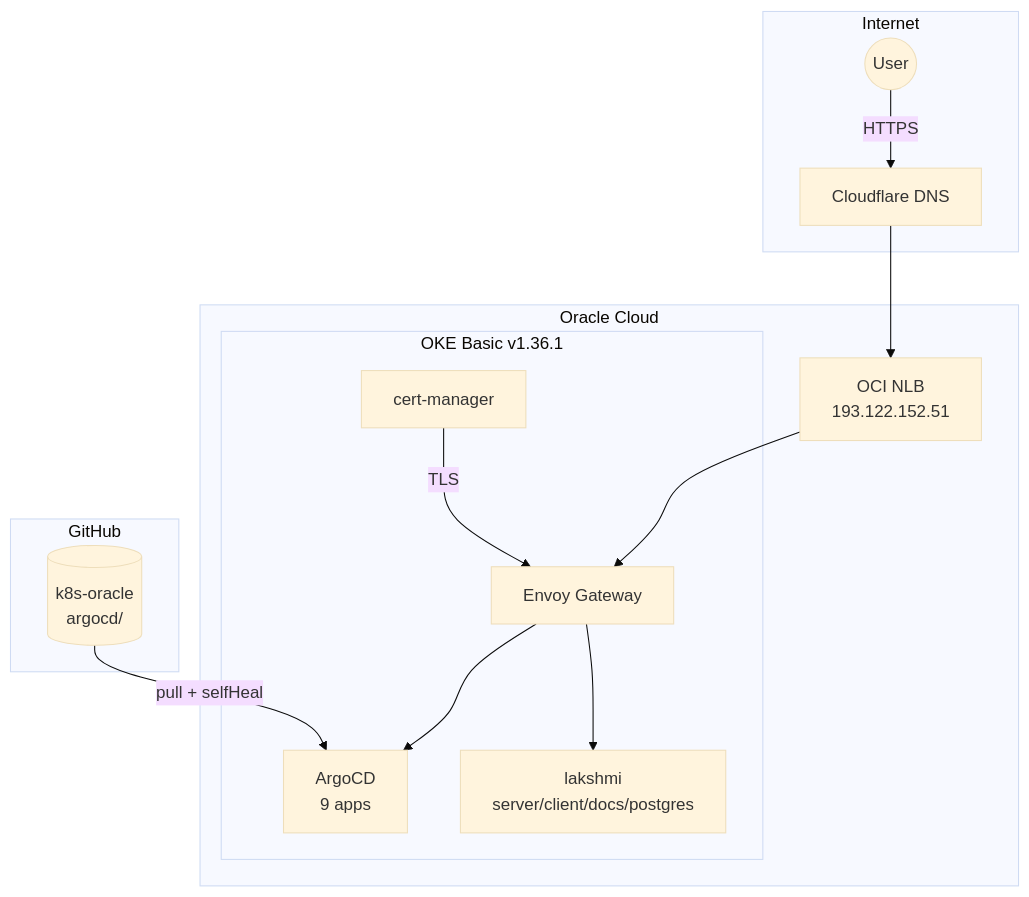
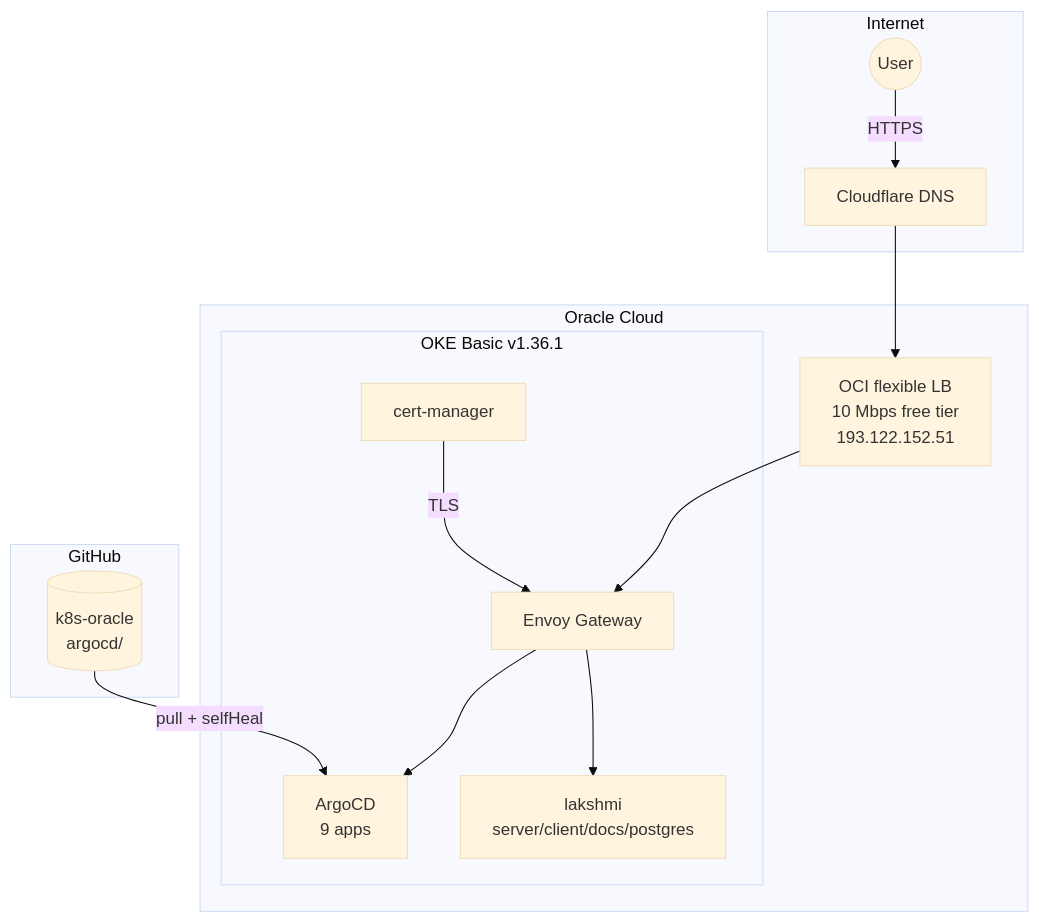
One commit to nsudhanva/k8s-oracle changed the first of 2 diagrams in README.md. Above: the diagram before and after it, drawn with Mermaid (base theme). The commit also changed other lines of this file, not shown here.

Commit message:
docs: LB is flexible 10/10 free tier, not NLB

````diff
--- a/README.md
+++ b/README.md
@@ -7,29 +7,29 @@
 ```mermaid
 graph TB
     subgraph Internet
         User((User))
         CF[Cloudflare DNS]
     end
 
     subgraph OCI["Oracle Cloud"]
-        LB[OCI NLB<br/>193.122.152.51]
+        LB[OCI flexible LB<br/>10 Mbps free tier<br/>193.122.152.51]
         subgraph OKE["OKE Basic v1.36.1"]
             EG[Envoy Gateway]
             ARGO[ArgoCD<br/>9 apps]
             LAK[lakshmi<br/>server/client/docs/postgres]
             CM[cert-manager]
         end
     end
 
     subgraph GitHub
         Repo[(k8s-oracle<br/>argocd/)]
     end
 
     User -->|HTTPS| CF
     CF --> LB
     LB --> EG
     EG --> LAK
     EG --> ARGO
     Repo -->|pull + selfHeal| ARGO
     CM -->|TLS| EG
 ```
````
